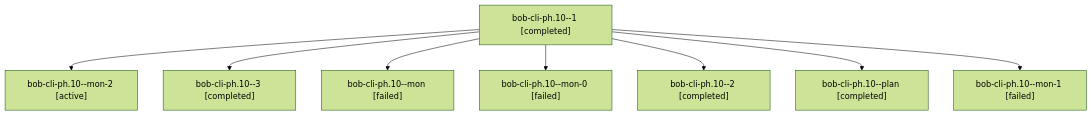
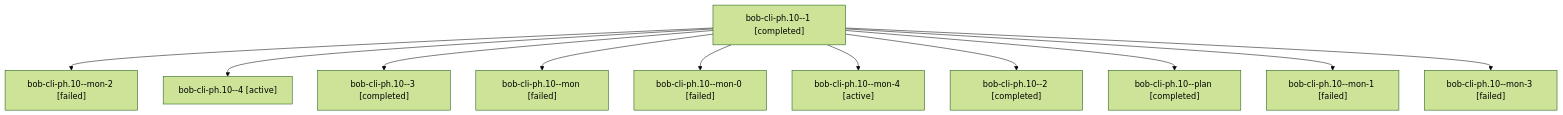
Before and after one commit to bobs-org/bob-cli--agents: the diagram in sessions/bbugyi200.apollo.bob-cli-ph.10.md, drawn with Mermaid (forest theme). The commit also changed other lines of this file and 173 other files, not shown here.

````diff
--- a/sessions/bbugyi200.apollo.bob-cli-ph.10.md
+++ b/sessions/bbugyi200.apollo.bob-cli-ph.10.md
@@ -9,18 +9,24 @@
 ```mermaid
 flowchart TD
   n0["bob-cli-ph.10--1 [completed]"]
-  n1["bob-cli-ph.10--mon-2 [active]"]
+  n1["bob-cli-ph.10--mon-2 [failed]"]
   n0 --> n1
-  n2["bob-cli-ph.10--3 [completed]"]
+  n2["bob-cli-ph.10--4 [active]"]
   n0 --> n2
-  n3["bob-cli-ph.10--mon [failed]"]
+  n3["bob-cli-ph.10--3 [completed]"]
   n0 --> n3
-  n4["bob-cli-ph.10--mon-0 [failed]"]
+  n4["bob-cli-ph.10--mon [failed]"]
   n0 --> n4
-  n5["bob-cli-ph.10--2 [completed]"]
+  n5["bob-cli-ph.10--mon-0 [failed]"]
   n0 --> n5
-  n6["bob-cli-ph.10--plan [completed]"]
+  n6["bob-cli-ph.10--mon-4 [active]"]
   n0 --> n6
-  n7["bob-cli-ph.10--mon-1 [failed]"]
+  n7["bob-cli-ph.10--2 [completed]"]
   n0 --> n7
+  n8["bob-cli-ph.10--plan [completed]"]
+  n0 --> n8
+  n9["bob-cli-ph.10--mon-1 [failed]"]
+  n0 --> n9
+  n10["bob-cli-ph.10--mon-3 [failed]"]
+  n0 --> n10
 ```
````
